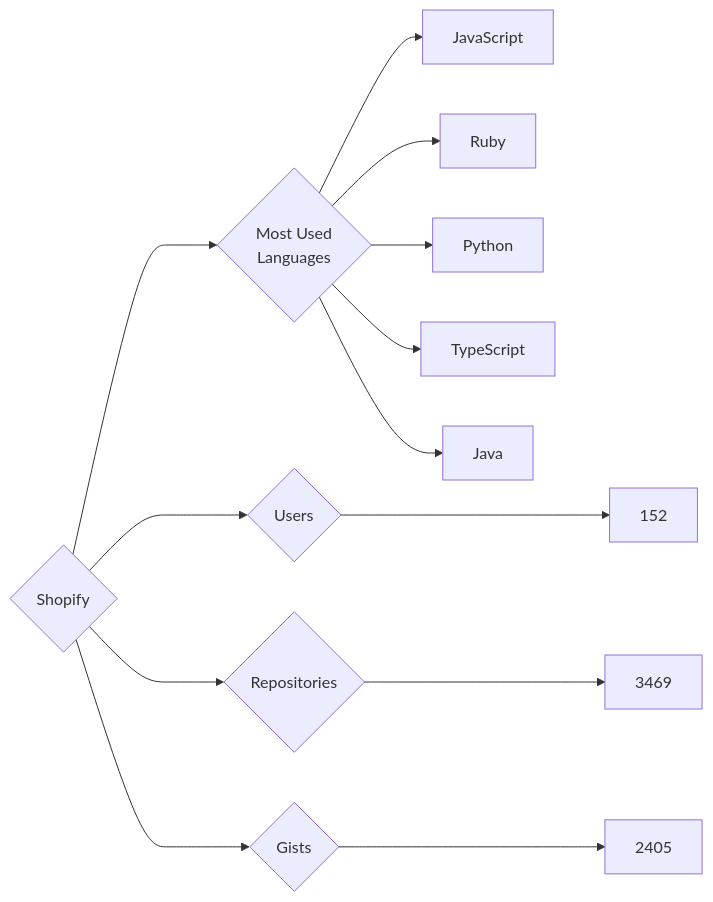
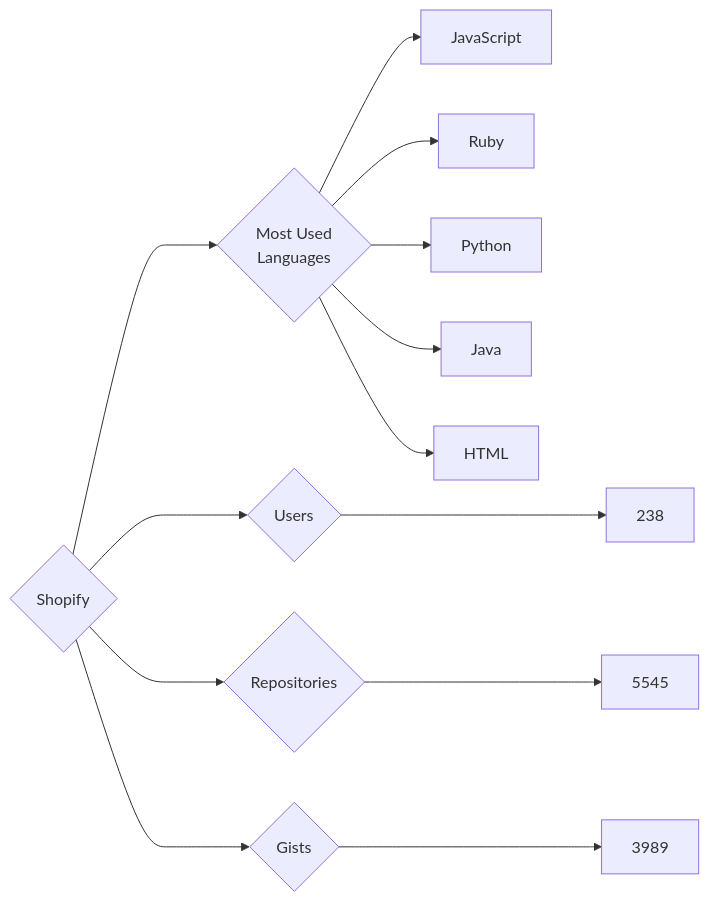
The diagram in targets/Shopify/README.md (trickest/insiders), drawn with Mermaid before and after one commit. The commit also changed 787 other files, not shown here.

````diff
--- a/targets/Shopify/README.md
+++ b/targets/Shopify/README.md
@@ -3,13 +3,13 @@
 ```mermaid
 graph LR
 COMPANY_NAME{Shopify}
-COMPANY_NAME ---> U{Users} ---> UN[152]
-COMPANY_NAME ---> R{Repositories} ---> RN[3469]
-COMPANY_NAME ---> G{Gists} ---> GN[2405]
+COMPANY_NAME ---> U{Users} ---> UN[238]
+COMPANY_NAME ---> R{Repositories} ---> RN[5545]
+COMPANY_NAME ---> G{Gists} ---> GN[3989]
 COMPANY_NAME ---> ML{Most Used<br>Languages}
 ML --> JavaScript[JavaScript]
 ML --> Ruby[Ruby]
 ML --> Python[Python]
-ML --> TypeScript[TypeScript]
 ML --> Java[Java]
+ML --> HTML[HTML]
 ```
````
